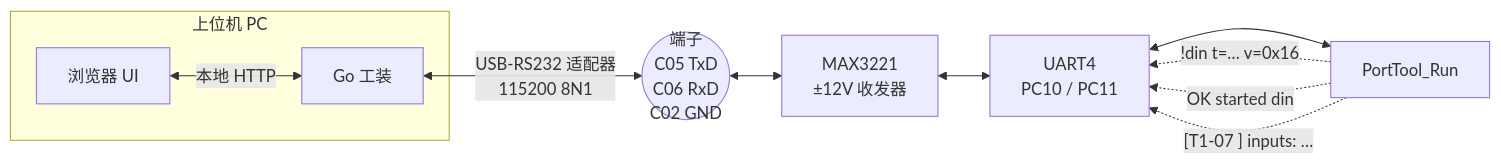
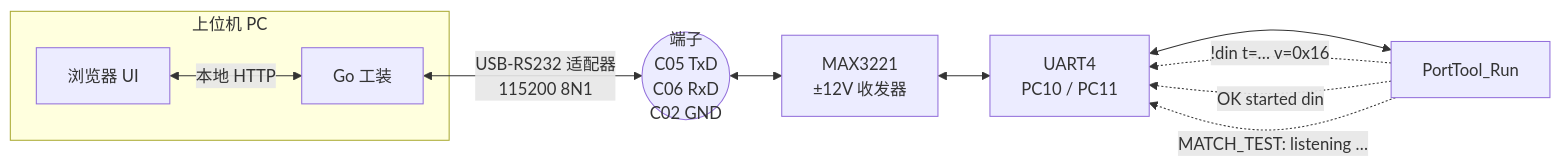
The sixth of 8 diagrams in docs/modules/M4/PORTTOOL-FLOW.md (OpenPLCs/OpenPLC_Instruction), drawn with Mermaid before and after one commit. The commit also changed other lines of this file and 33 other files, not shown here.

````diff
--- a/docs/modules/M4/PORTTOOL-FLOW.md
+++ b/docs/modules/M4/PORTTOOL-FLOW.md
@@ -820,17 +824,17 @@
 ```mermaid
 flowchart LR
     subgraph PC["上位机 PC"]
         UI["浏览器 UI"]
         GO["Go 工装"]
         UI <-->|"本地 HTTP"| GO
     end
 
     GO <-->|"USB-RS232 适配器<br/>115200 8N1"| ADP(("端子<br/>C05 TxD<br/>C06 RxD<br/>C02 GND"))
     ADP <--> MAX["MAX3221<br/>±12V 收发器"]
     MAX <--> UART["UART4<br/>PC10 / PC11"]
     UART <--> FW["PortTool_Run"]
 
     FW -.->|"!din t=… v=0x16"| UART
     FW -.->|"OK started din"| UART
-    FW -.->|"[T1-07 ] inputs: …"| UART
+    FW -.->|"MATCH_TEST: listening …"| UART
 ```
````
